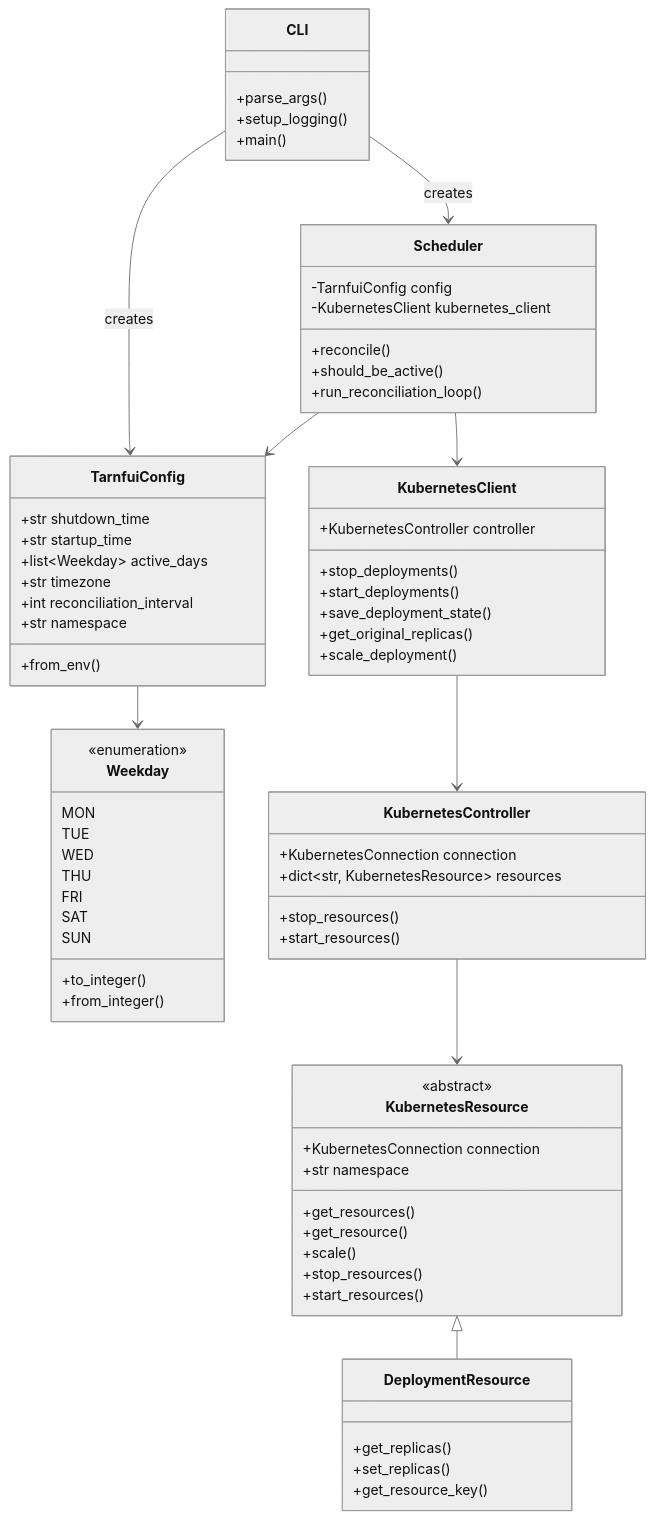
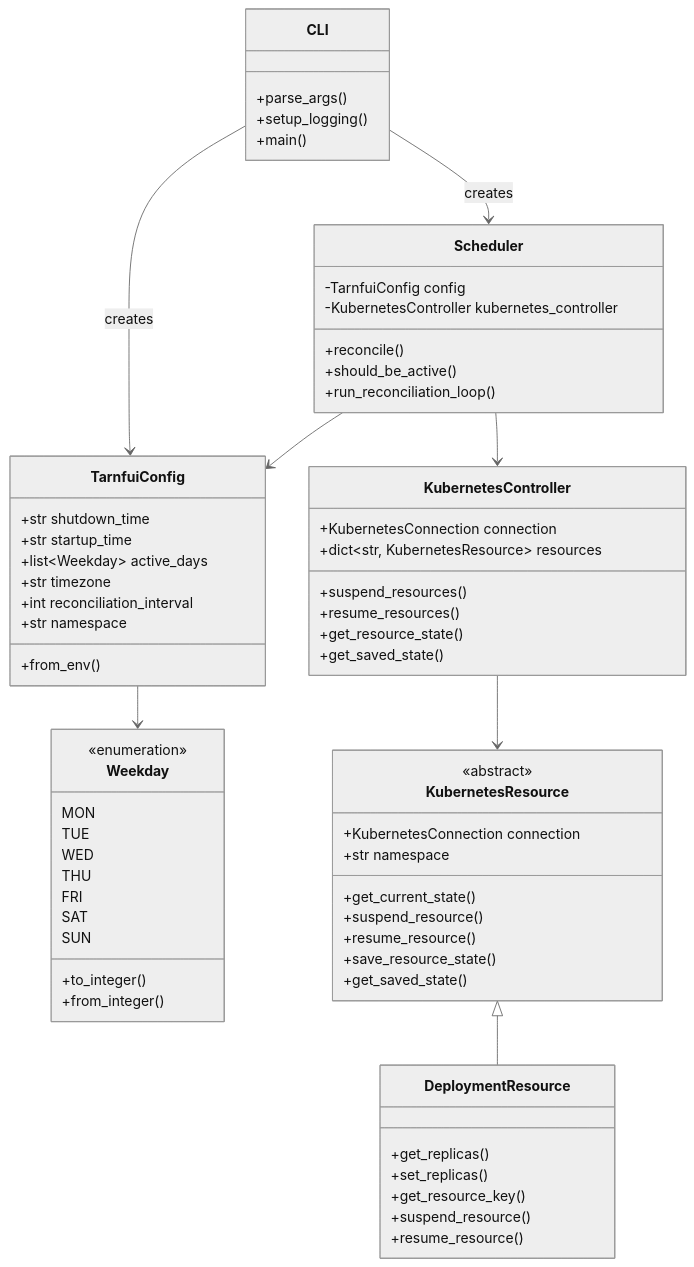
One commit to demikl/Tarnfui changed the second of 2 diagrams in README.md. Above: the diagram before and after it, drawn with Mermaid (neutral theme). The commit also changed other lines of this file and 3 other files, not shown here.

Commit message:
Refactor Kubernetes resource management: rename methods for clarity, update state handling, and enhance deployment resource functionality

````diff
--- a/README.md
+++ b/README.md
@@ -81,81 +75,75 @@
 ```mermaid
 classDiagram
     class CLI {
         +parse_args()
         +setup_logging()
         +main()
     }
     
     class Scheduler {
         -TarnfuiConfig config
-        -KubernetesClient kubernetes_client
+        -KubernetesController kubernetes_controller
         +reconcile()
         +should_be_active()
         +run_reconciliation_loop()
     }
     
     class TarnfuiConfig {
         +str shutdown_time
         +str startup_time
         +list~Weekday~ active_days
         +str timezone
         +int reconciliation_interval
         +str namespace
         +from_env()
     }
     
     class Weekday {
         <<enumeration>>
         MON
         TUE
         WED
         THU
         FRI
         SAT
         SUN
         +to_integer()
         +from_integer()
     }
     
-    class KubernetesClient {
-        +KubernetesController controller
-        +stop_deployments()
-        +start_deployments()
-        +save_deployment_state()
-        +get_original_replicas()
-        +scale_deployment()
-    }
-    
     class KubernetesController {
         +KubernetesConnection connection
         +dict~str, KubernetesResource~ resources
-        +stop_resources()
-        +start_resources()
+        +suspend_resources()
+        +resume_resources()
+        +get_resource_state()
+        +get_saved_state()
     }
     
     class KubernetesResource {
         <<abstract>>
         +KubernetesConnection connection
         +str namespace
-        +get_resources()
-        +get_resource()
-        +scale()
-        +stop_resources()
-        +start_resources()
+        +get_current_state()
+        +suspend_resource()
+        +resume_resource()
+        +save_resource_state()
+        +get_saved_state()
     }
     
     class DeploymentResource {
         +get_replicas()
         +set_replicas()
         +get_resource_key()
+        +suspend_resource()
+        +resume_resource()
     }
     
     CLI --> Scheduler : creates
     CLI --> TarnfuiConfig : creates
     Scheduler --> TarnfuiConfig
-    Scheduler --> KubernetesClient
+    Scheduler --> KubernetesController
     TarnfuiConfig --> Weekday
-    KubernetesClient --> KubernetesController
     KubernetesController --> KubernetesResource
     KubernetesResource <|-- DeploymentResource
 ```
````
